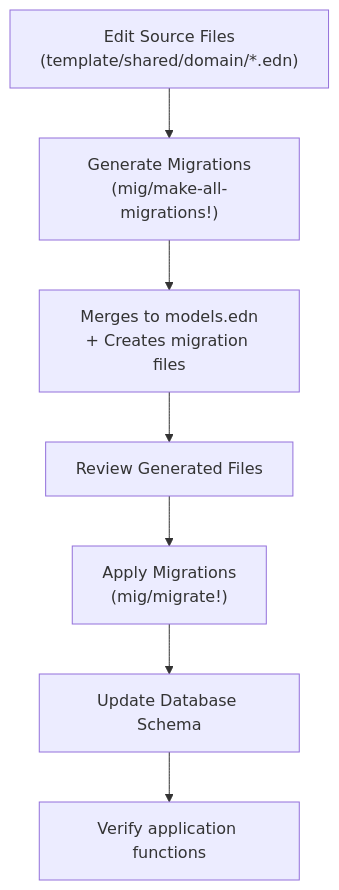
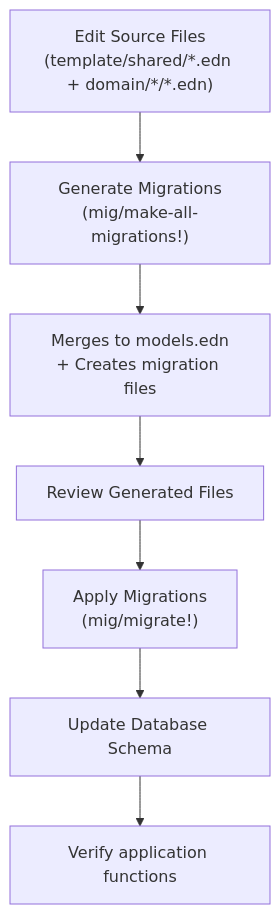
Before and after one commit to enesj/single-tenant-template: the diagram in docs/general/migrations/migration-overview.md, drawn with Mermaid. The commit also changed other lines of this file and 8 other files, not shown here.

````diff
--- a/docs/general/migrations/migration-overview.md
+++ b/docs/general/migrations/migration-overview.md
@@ -57,9 +55,9 @@
 ```mermaid
 graph TD
-    A["Edit Source Files<br/>(template/shared/domain/*.edn)"] --> B["Generate Migrations<br/>(mig/make-all-migrations!)"]
+    A["Edit Source Files<br/>(template/shared/*.edn + domain/*/*.edn)"] --> B["Generate Migrations<br/>(mig/make-all-migrations!)"]
     B --> C["Merges to models.edn<br/>+ Creates migration files"]
     C --> D["Review Generated Files"]
     D --> E["Apply Migrations<br/>(mig/migrate!)"]
     E --> F["Update Database Schema"]
     F --> G["Verify application functions"]
 ```
````
